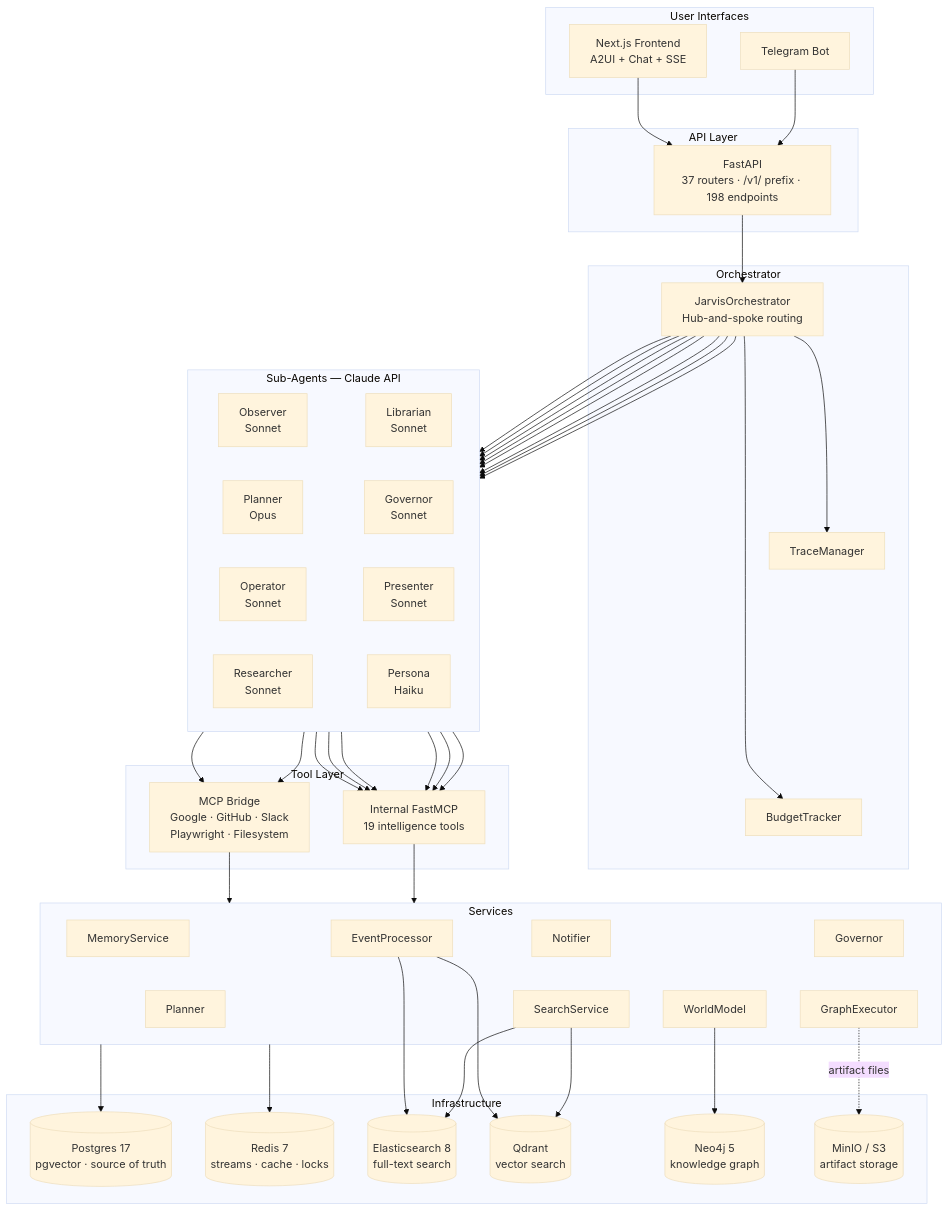
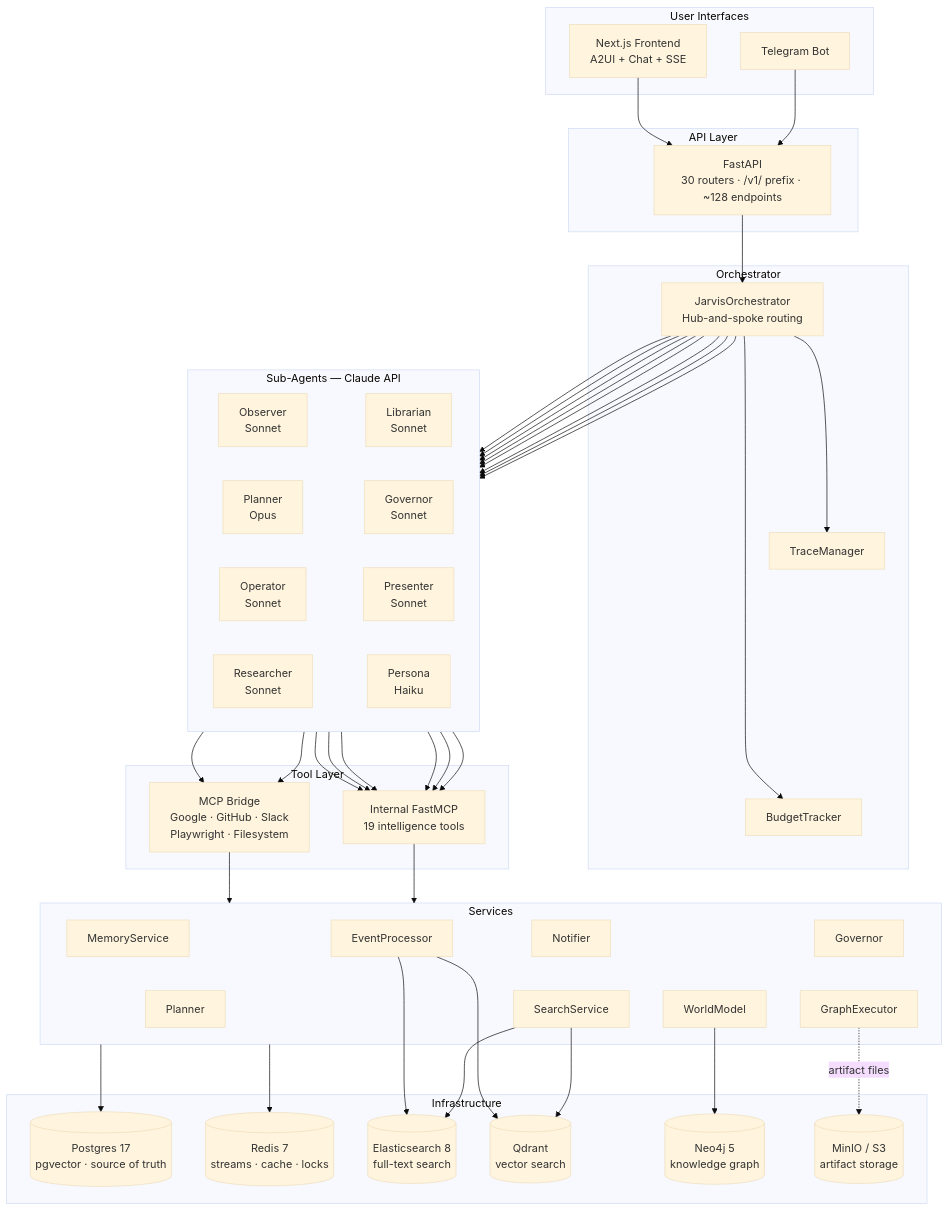
One commit to shivadharmi/muldro changed the diagram in README.md. Above: the diagram before and after it, drawn with Mermaid (base theme). The commit also changed other lines of this file and 25 other files, not shown here.

````diff
--- a/README.md
+++ b/README.md
@@ -13,59 +13,59 @@
 ```mermaid
 graph TB
     subgraph UI["User Interfaces"]
         TG[Telegram Bot]
         WEB[Next.js Frontend<br/>A2UI + Chat + SSE]
     end
 
     subgraph API["API Layer"]
-        FA[FastAPI<br/>37 routers · /v1/ prefix · 198 endpoints]
+        FA[FastAPI<br/>30 routers · /v1/ prefix · ~128 endpoints]
     end
 
     subgraph ORCH["Orchestrator"]
         JO[JarvisOrchestrator<br/>Hub-and-spoke routing]
         TR[TraceManager] ~~~ BU[BudgetTracker]
     end
 
     subgraph AGENTS["Sub-Agents — Claude API"]
         direction LR
         OBS[Observer<br/>Sonnet] ~~~ LIB[Librarian<br/>Sonnet]
         PLN[Planner<br/>Opus] ~~~ GOV[Governor<br/>Sonnet]
         OPR[Operator<br/>Sonnet] ~~~ PRS[Presenter<br/>Sonnet]
         RES[Researcher<br/>Sonnet] ~~~ PER[Persona<br/>Haiku]
     end
 
     subgraph TOOLS["Tool Layer"]
         INT[Internal FastMCP<br/>19 intelligence tools]
         MCP[MCP Bridge<br/>Google · GitHub · Slack<br/>Playwright · Filesystem]
     end
 
     subgraph SVC["Services"]
         EP[EventProcessor] ~~~ WM[WorldModel]
         MS[MemoryService] ~~~ PL[Planner]
         GV[Governor] ~~~ GE[GraphExecutor]
         NT[Notifier] ~~~ SS[SearchService]
     end
 
     subgraph INFRA["Infrastructure"]
         PG[(Postgres 17<br/>pgvector · source of truth)]
         RD[(Redis 7<br/>streams · cache · locks)]
         ES[(Elasticsearch 8<br/>full-text search)]
         QD[(Qdrant<br/>vector search)]
         N4J[(Neo4j 5<br/>knowledge graph)]
         S3[(MinIO / S3<br/>artifact storage)]
     end
 
     TG & WEB --> FA
     FA --> JO
     JO --> TR & BU
     JO --> OBS & LIB & PLN & GOV & OPR & PRS & RES & PER
     OBS & LIB & PLN & GOV & OPR & PRS --> INT
     OPR & RES --> MCP
     INT --> SVC
     MCP --> SVC
     SVC --> PG & RD
     SS --> ES & QD
     WM --> N4J
     EP --> ES & QD
     GE -.->|artifact files| S3
 ```
````
